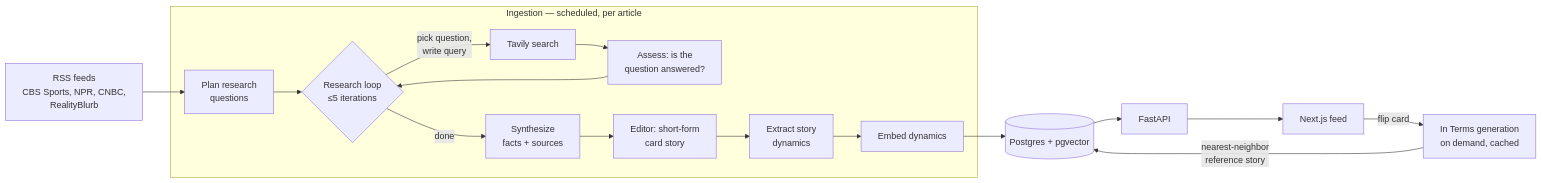
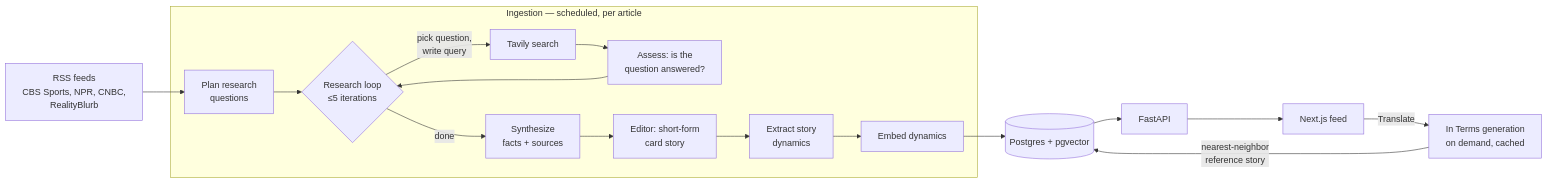
The diagram in README.md (nkovace3/In-Terms), drawn with Mermaid before and after one commit. The commit also changed other lines of this file, not shown here.

````diff
--- a/README.md
+++ b/README.md
@@ -11,19 +25,19 @@
 ```mermaid
 flowchart LR
     RSS[RSS feeds<br/>CBS Sports, NPR, CNBC,<br/>RealityBlurb] --> Plan
     subgraph Ingestion [Ingestion — scheduled, per article]
         Plan[Plan research<br/>questions] --> Loop
         Loop{Research loop<br/>≤5 iterations} -->|pick question,<br/>write query| Search[Tavily search]
         Search --> Assess[Assess: is the<br/>question answered?]
         Assess --> Loop
         Loop -->|done| Synth[Synthesize<br/>facts + sources]
         Synth --> Edit[Editor: short-form<br/>card story]
         Edit --> Dyn[Extract story<br/>dynamics]
         Dyn --> Emb[Embed dynamics]
     end
     Emb --> DB[(Postgres + pgvector)]
     DB --> API[FastAPI]
     API --> UI[Next.js feed]
-    UI -->|flip card| IT[In Terms generation<br/>on demand, cached]
+    UI -->|Translate| IT[In Terms generation<br/>on demand, cached]
     IT -->|nearest-neighbor<br/>reference story| DB
 ```
````
